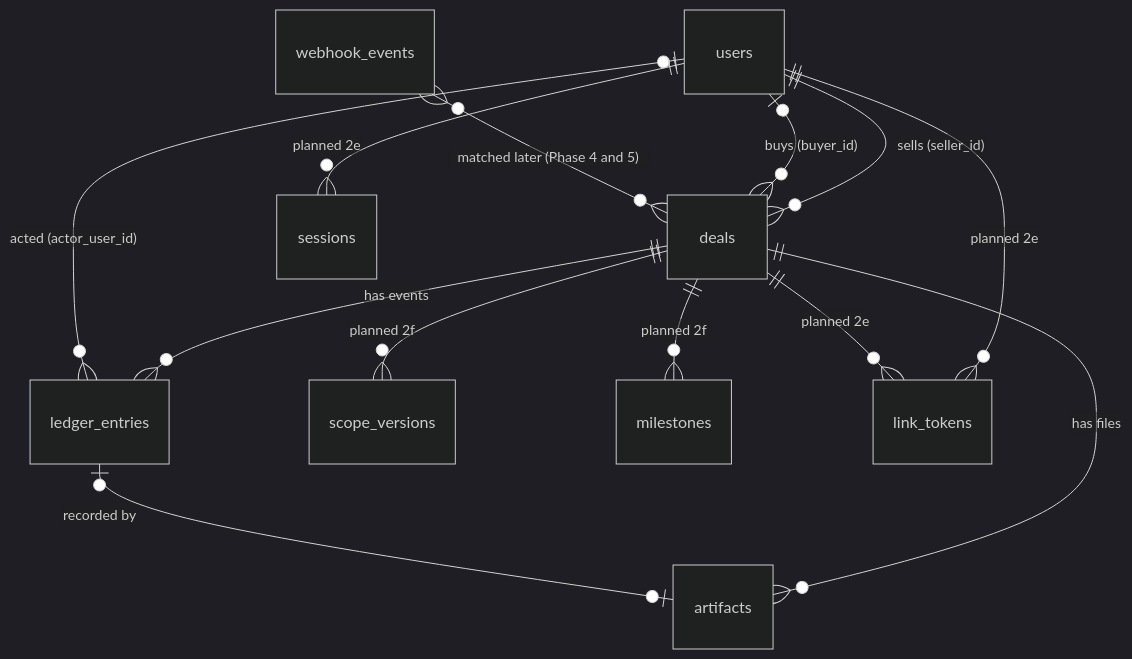
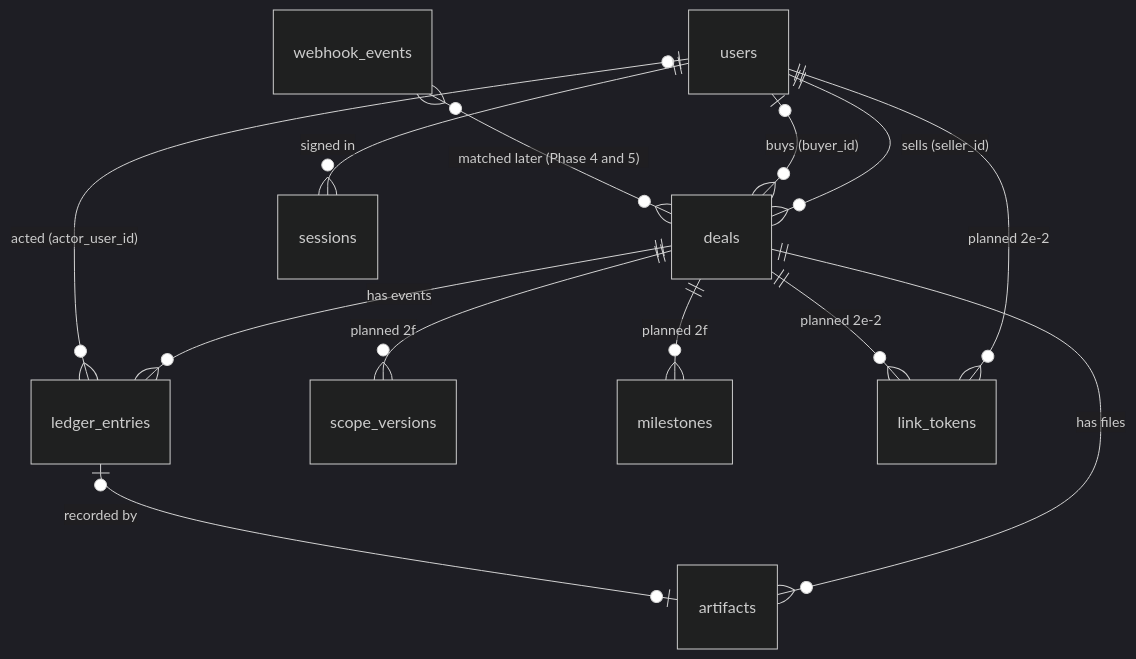
The diagram in docs/data-model.md (sushantpatil2899/pactpal), drawn with Mermaid (dark theme) before and after one commit. The commit also changed other lines of this file and 28 other files, not shown here.

````diff
--- a/docs/data-model.md
+++ b/docs/data-model.md
@@ -5,15 +5,15 @@
 ```mermaid
 erDiagram
   users ||--o{ deals : "sells (seller_id)"
   users |o--o{ deals : "buys (buyer_id)"
   deals ||--o{ ledger_entries : "has events"
   users |o--o{ ledger_entries : "acted (actor_user_id)"
   deals ||--o{ scope_versions : "planned 2f"
   deals ||--o{ milestones : "planned 2f"
   deals ||--o{ artifacts : "has files"
   ledger_entries |o--o| artifacts : "recorded by"
   webhook_events }o--o{ deals : "matched later (Phase 4 and 5)"
-  users ||--o{ sessions : "planned 2e"
-  users ||--o{ link_tokens : "planned 2e"
-  deals ||--o{ link_tokens : "planned 2e"
+  users ||--o{ sessions : "signed in"
+  users ||--o{ link_tokens : "planned 2e-2"
+  deals ||--o{ link_tokens : "planned 2e-2"
 ```
````
